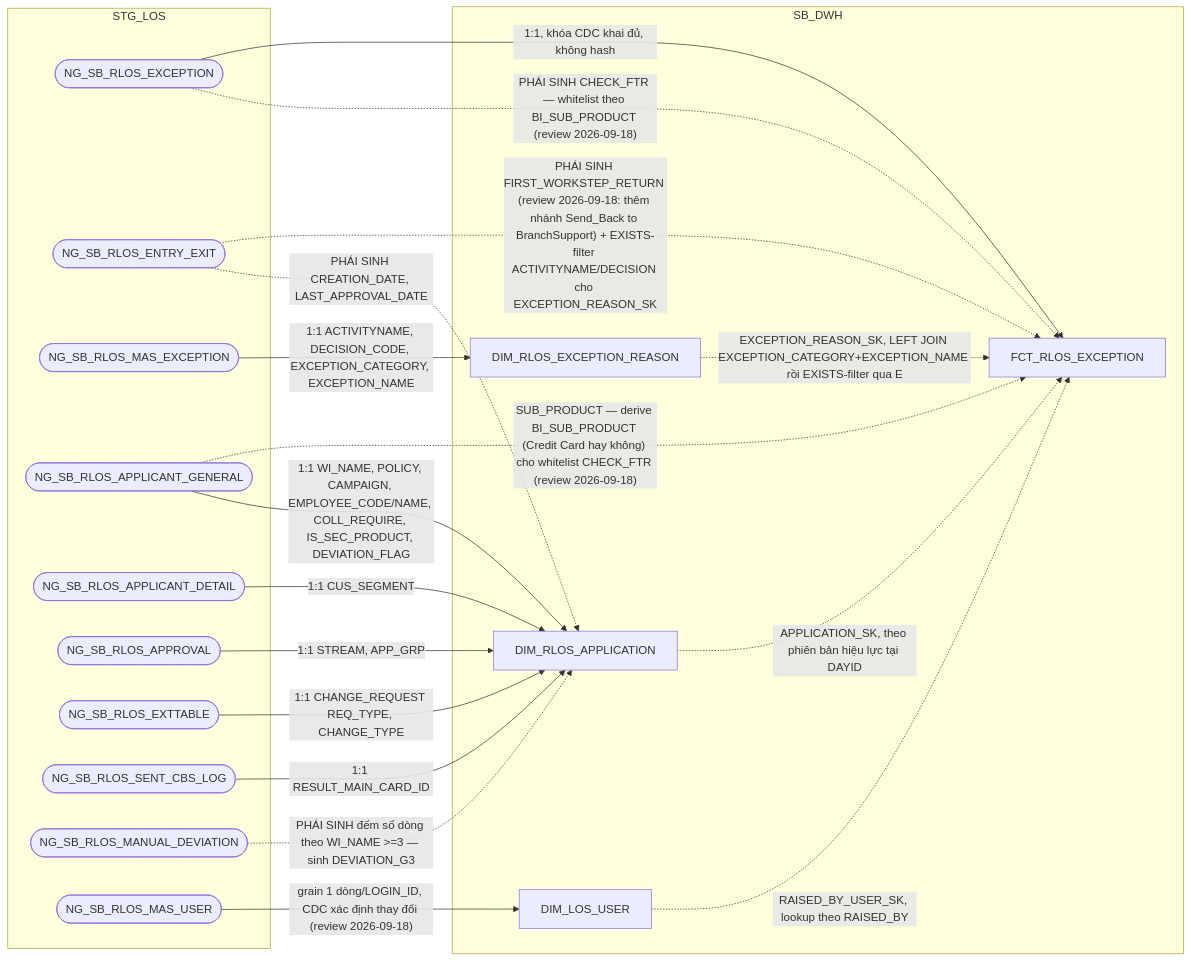
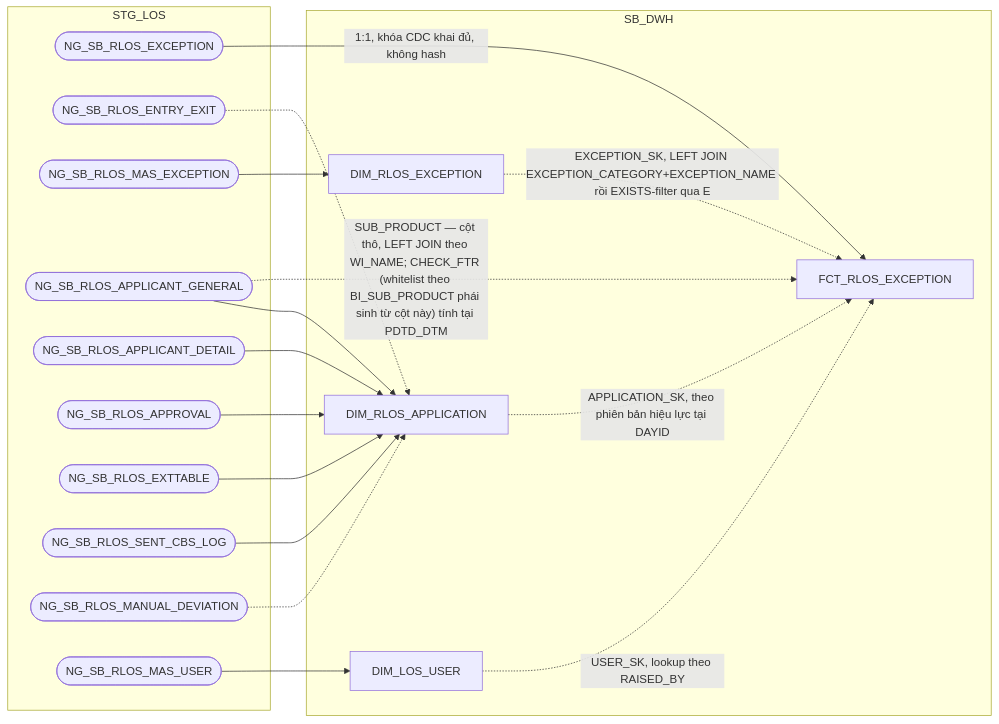
The tenth of 14 diagrams in hld/hld_review/HLD_FCT_SB_DWH_review.md (chien1198/sb-mapping-gen), drawn with Mermaid before and after one commit. The commit also changed other lines of this file and 183 other files, not shown here.

````diff
--- a/hld/hld_review/HLD_FCT_SB_DWH_review.md
+++ b/hld/hld_review/HLD_FCT_SB_DWH_review.md
@@ -917,37 +833,35 @@
 ```mermaid
 flowchart LR
     subgraph STG_LOS
         A(["NG_SB_RLOS_EXCEPTION"])
         E(["NG_SB_RLOS_ENTRY_EXIT"])
         R(["NG_SB_RLOS_MAS_EXCEPTION"])
         P1(["NG_SB_RLOS_APPLICANT_GENERAL"])
         P2(["NG_SB_RLOS_APPLICANT_DETAIL"])
         P3(["NG_SB_RLOS_APPROVAL"])
         P4(["NG_SB_RLOS_EXTTABLE"])
         P5(["NG_SB_RLOS_SENT_CBS_LOG"])
         P7(["NG_SB_RLOS_MANUAL_DEVIATION"])
         U(["NG_SB_RLOS_MAS_USER"])
     end
     subgraph SB_DWH
-        B["DIM_RLOS_EXCEPTION_REASON"]
+        B["DIM_RLOS_EXCEPTION"]
         D["DIM_RLOS_APPLICATION"]
         F["DIM_LOS_USER"]
         C["FCT_RLOS_EXCEPTION"]
     end
     A -->|1:1, khóa CDC khai đủ, không hash| C
-    B -.->|EXCEPTION_REASON_SK, LEFT JOIN EXCEPTION_CATEGORY+EXCEPTION_NAME rồi EXISTS-filter qua E| C
+    B -.->|EXCEPTION_SK, LEFT JOIN EXCEPTION_CATEGORY+EXCEPTION_NAME rồi EXISTS-filter qua E| C
     D -.->|APPLICATION_SK, theo phiên bản hiệu lực tại DAYID| C
-    F -.->|RAISED_BY_USER_SK, lookup theo RAISED_BY| C
-    A -.->|"PHÁI SINH CHECK_FTR — whitelist theo BI_SUB_PRODUCT (review 2026-09-18)"| C
-    P1 -.->|"SUB_PRODUCT — derive BI_SUB_PRODUCT (Credit Card hay không) cho whitelist CHECK_FTR (review 2026-09-18)"| C
-    E -.->|"PHÁI SINH FIRST_WORKSTEP_RETURN (review 2026-09-18: thêm nhánh Send_Back to BranchSupport) + EXISTS-filter ACTIVITYNAME/DECISION cho EXCEPTION_REASON_SK"| C
-    R -->|1:1 ACTIVITYNAME, DECISION_CODE, EXCEPTION_CATEGORY, EXCEPTION_NAME| B
-    P1 -->|1:1 WI_NAME, POLICY, CAMPAIGN, EMPLOYEE_CODE/NAME, COLL_REQUIRE, IS_SEC_PRODUCT, DEVIATION_FLAG| D
-    P2 -->|1:1 CUS_SEGMENT| D
-    P3 -->|1:1 STREAM, APP_GRP| D
-    P4 -->|1:1 CHANGE_REQUEST REQ_TYPE, CHANGE_TYPE| D
-    P5 -->|1:1 RESULT_MAIN_CARD_ID| D
-    E -.->|PHÁI SINH CREATION_DATE, LAST_APPROVAL_DATE| D
-    P7 -.->|"PHÁI SINH đếm số dòng theo WI_NAME >=3 — sinh DEVIATION_G3"| D
-    U -->|"grain 1 dòng/LOGIN_ID, CDC xác định thay đổi (review 2026-09-18)"| F
+    F -.->|USER_SK, lookup theo RAISED_BY| C
+    P1 -.->|"SUB_PRODUCT — cột thô, LEFT JOIN theo WI_NAME; CHECK_FTR (whitelist theo BI_SUB_PRODUCT phái sinh từ cột này) tính tại PDTD_DTM"| C
+    R --> B
+    P1 --> D
+    P2 --> D
+    P3 --> D
+    P4 --> D
+    P5 --> D
+    E -.-> D
+    P7 -.-> D
+    U --> F
 ```
````
